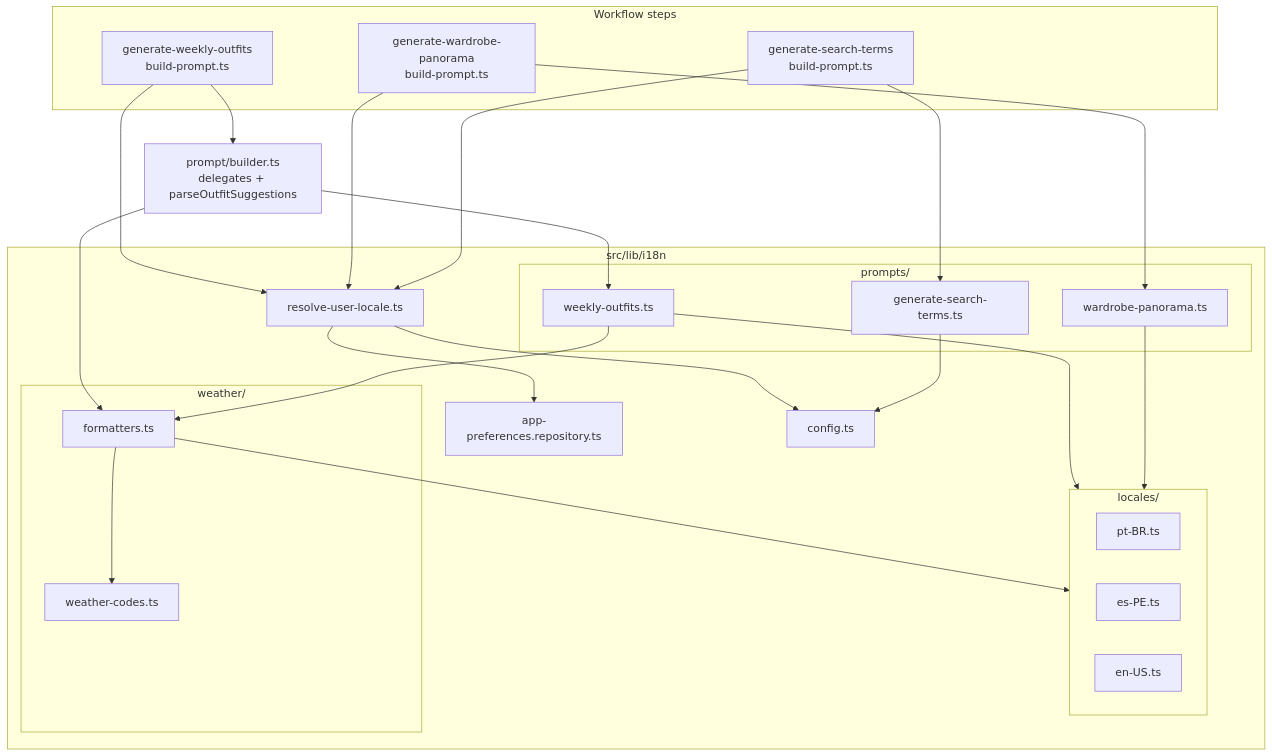
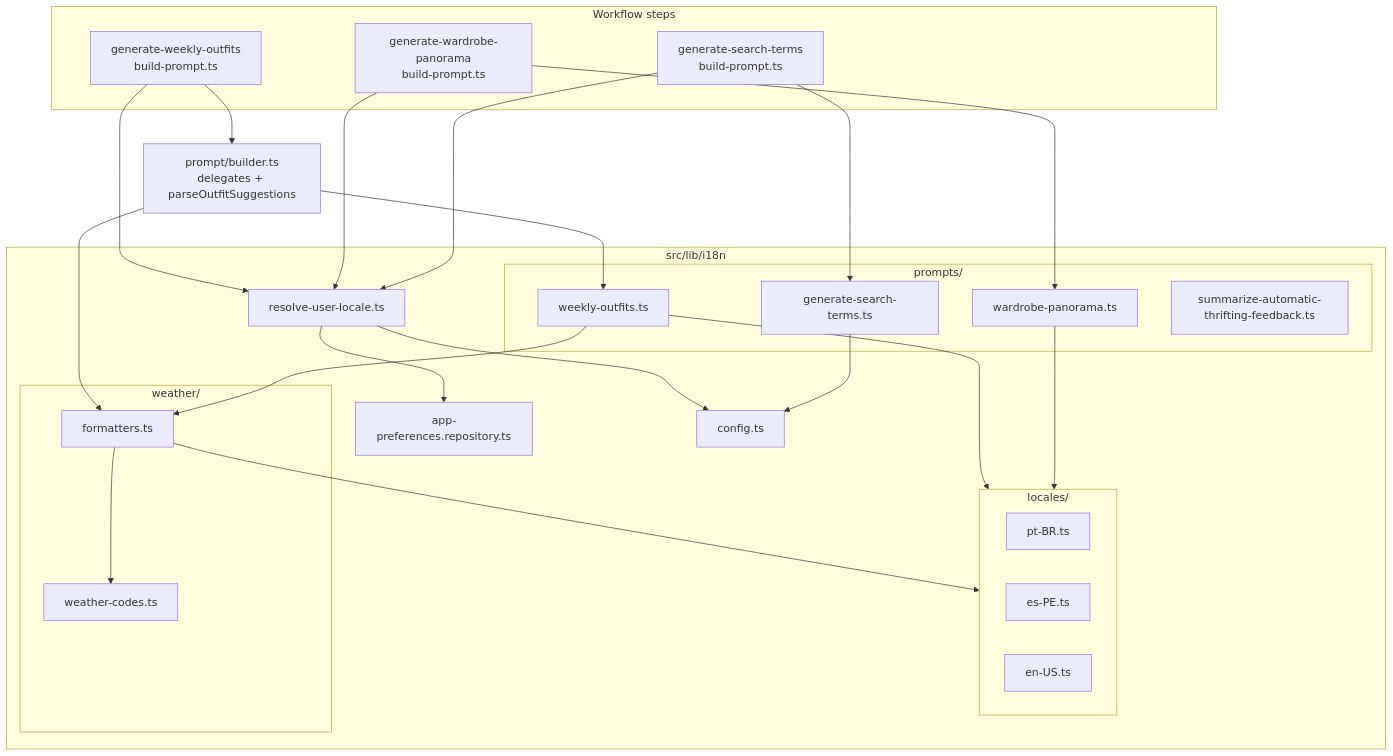
One commit to emmanuelviniciusdev/SkyDIIV--backstage changed the third of 6 diagrams in apps/worker-ai-workflows/docs/I18N.md. Above: the diagram before and after it, drawn with Mermaid. The commit also changed other lines of this file and 32 other files, not shown here.

````diff
--- a/apps/worker-ai-workflows/docs/I18N.md
+++ b/apps/worker-ai-workflows/docs/I18N.md
@@ -74,50 +74,51 @@
 ```mermaid
 flowchart TB
     subgraph entry["Workflow steps"]
         WBP["generate-weekly-outfits<br/>build-prompt.ts"]
         PBP["generate-wardrobe-panorama<br/>build-prompt.ts"]
         SBP["generate-search-terms<br/>build-prompt.ts"]
     end
 
     subgraph i18n["src/lib/i18n"]
         RESOLVE["resolve-user-locale.ts"]
         REPO["app-preferences.repository.ts"]
         CONFIG["config.ts"]
 
         subgraph locales["locales/"]
             PT["pt-BR.ts"]
             ES["es-PE.ts"]
             EN["en-US.ts"]
         end
 
         subgraph prompts["prompts/"]
             WEEKLY["weekly-outfits.ts"]
             PANORAMA["wardrobe-panorama.ts"]
             SEARCH["generate-search-terms.ts"]
+            SUM["summarize-automatic-thrifting-feedback.ts"]
         end
 
         subgraph weather["weather/"]
             CODES["weather-codes.ts"]
             FMT["formatters.ts"]
         end
     end
 
     LEGACY["prompt/builder.ts<br/>delegates + parseOutfitSuggestions"]
 
     WBP --> RESOLVE
     PBP --> RESOLVE
     SBP --> RESOLVE
     RESOLVE --> REPO
     RESOLVE --> CONFIG
     WBP --> LEGACY
     LEGACY --> WEEKLY
     LEGACY --> FMT
     PBP --> PANORAMA
     SBP --> SEARCH
     WEEKLY --> locales
     WEEKLY --> FMT
     PANORAMA --> locales
     SEARCH --> CONFIG
     FMT --> locales
     FMT --> CODES
 ```
````
